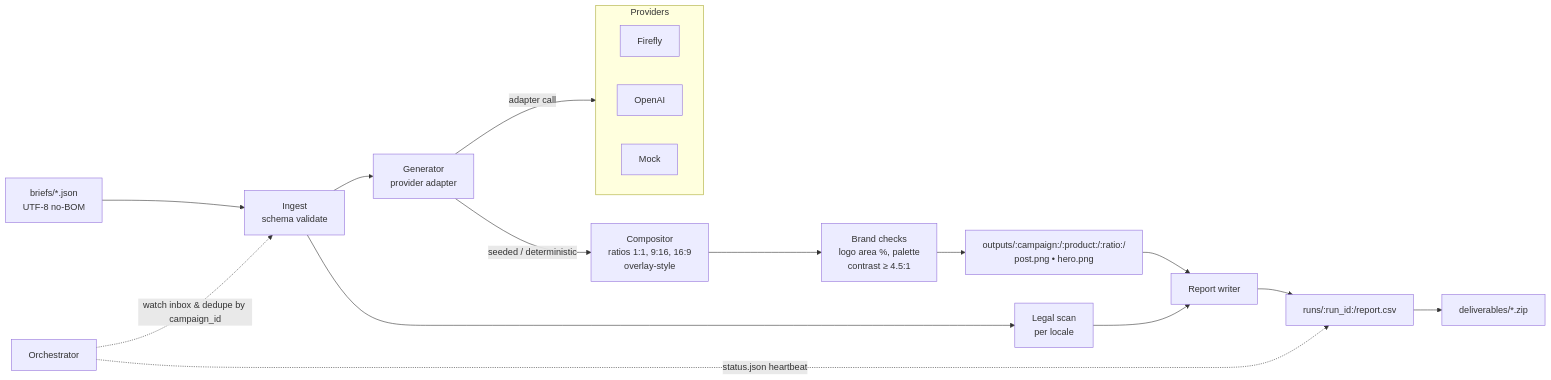
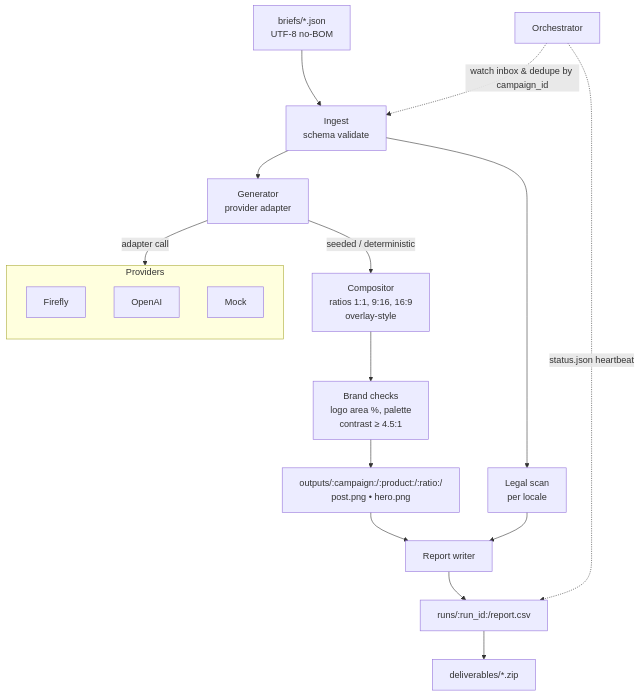
Before and after one commit to aurelius-in/Adobe: the diagram in README.md, drawn with Mermaid.

````diff
--- a/README.md
+++ b/README.md
@@ -92,40 +92,34 @@
 ```mermaid
-flowchart LR
-  %% -------- Nodes --------
+flowchart TB
+  %% ------- Main flow (top -> bottom) -------
   Briefs[briefs/*.json<br/>UTF-8 no-BOM]
   Ingest[Ingest<br/>schema validate]
-  Orchestrator[Orchestrator]
   Generator[Generator<br/>provider adapter]
   Compositor[Compositor<br/>ratios 1:1, 9:16, 16:9<br/>overlay-style]
   Compliance[Brand checks<br/>logo area %, palette<br/>contrast ≥ 4.5:1]
-  Legal[Legal scan<br/>per locale]
   Outputs[outputs/:campaign:/:product:/:ratio:/<br/>post.png • hero.png]
   Report[Report writer]
   Runs[runs/:run_id:/report.csv]
   Deliverables[deliverables/*.zip]
 
+  Briefs --> Ingest --> Generator -->|seeded / deterministic| Compositor --> Compliance --> Outputs --> Report --> Runs --> Deliverables
+
+  %% ------- Side branches -------
+  Legal[Legal scan<br/>per locale]
+  Ingest --> Legal --> Report
+
+  %% ------- Providers (stacked) -------
   subgraph Providers
-    direction LR
+    direction TB
     Firefly[Firefly]
     OpenAI[OpenAI]
     Mock[Mock]
   end
+  Generator -->|adapter call| Providers
 
-  %% -------- Data flows --------
-  Briefs --> Ingest
-  Ingest --> Generator
-  Generator -->|seeded / deterministic| Compositor
-  Generator -->|adapter call| Providers
-  Compositor --> Compliance
-  Ingest --> Legal
-  Compliance --> Outputs
-  Outputs --> Report
-  Legal --> Report
-  Report --> Runs
-  Runs --> Deliverables
-
-  %% -------- Control / status (dashed) --------
+  %% ------- Orchestrator control (dashed) -------
+  Orchestrator[Orchestrator]
   Orchestrator -.->|watch inbox & dedupe by campaign_id| Ingest
   Orchestrator -.->|status.json heartbeat| Runs
 
 ```
````
